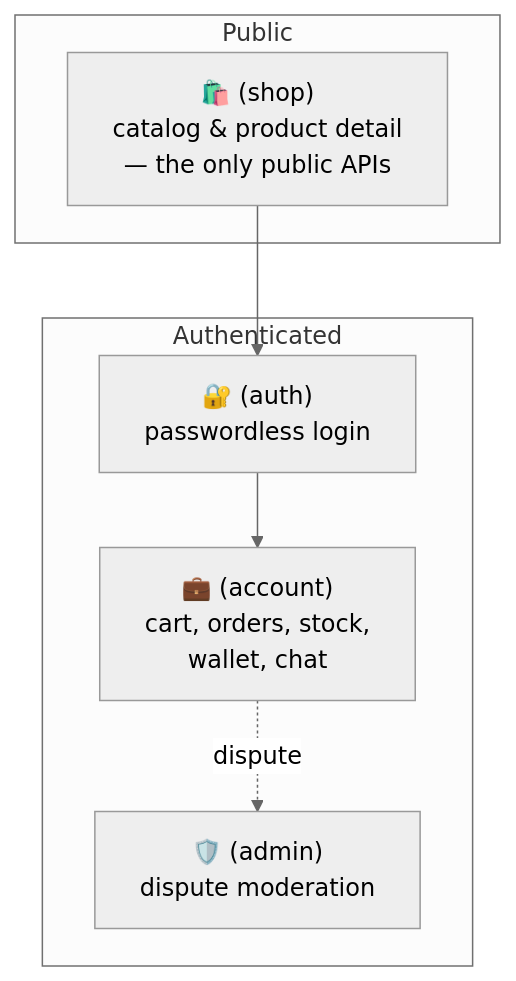
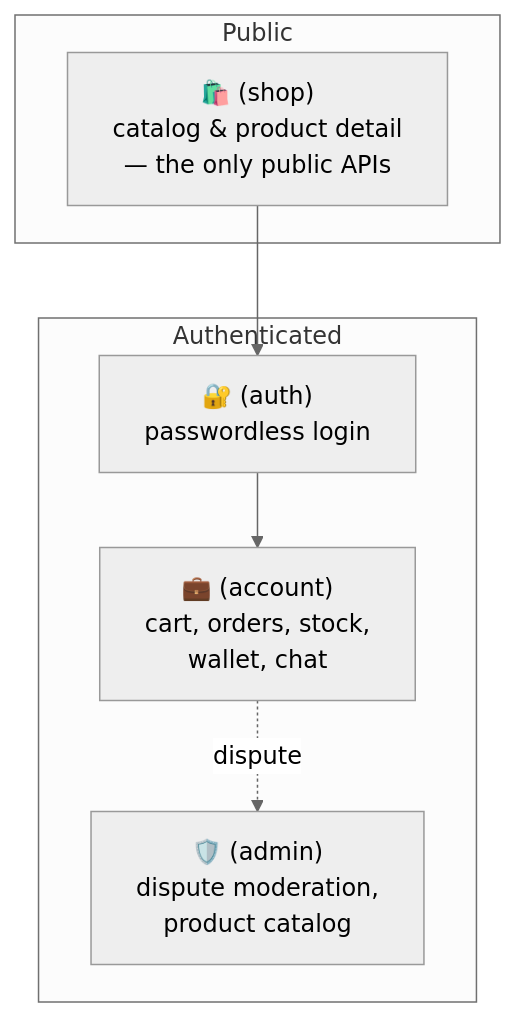
The second of 2 diagrams in docs/README.md (tkstudioio/antigone), drawn with Mermaid (neutral theme) before and after one commit. The commit also changed 35 other files, not shown here.

First line of the commit message:
feat(admin): product catalog management with archiving

````diff
--- a/docs/README.md
+++ b/docs/README.md
@@ -64,13 +64,13 @@
 ```mermaid
 flowchart TB
     subgraph Public
         shop["🛍️ (shop)<br/>catalog & product detail<br/>— the only public APIs"]
     end
     subgraph Authenticated
         auth["🔐 (auth)<br/>passwordless login"]
         account["💼 (account)<br/>cart, orders, stock,<br/>wallet, chat"]
-        admin["🛡️ (admin)<br/>dispute moderation"]
+        admin["🛡️ (admin)<br/>dispute moderation,<br/>product catalog"]
     end
     shop --> auth --> account
     account -.dispute.-> admin
 ```
````
